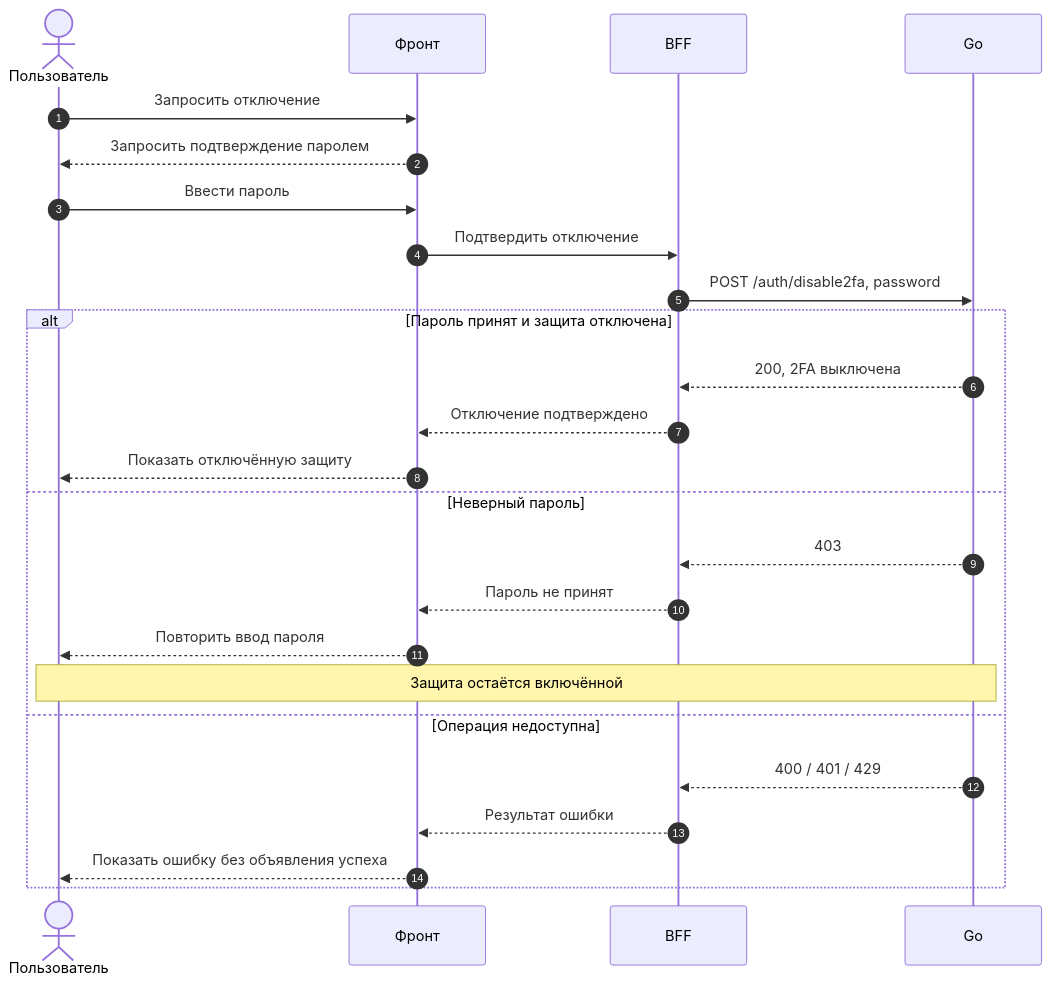
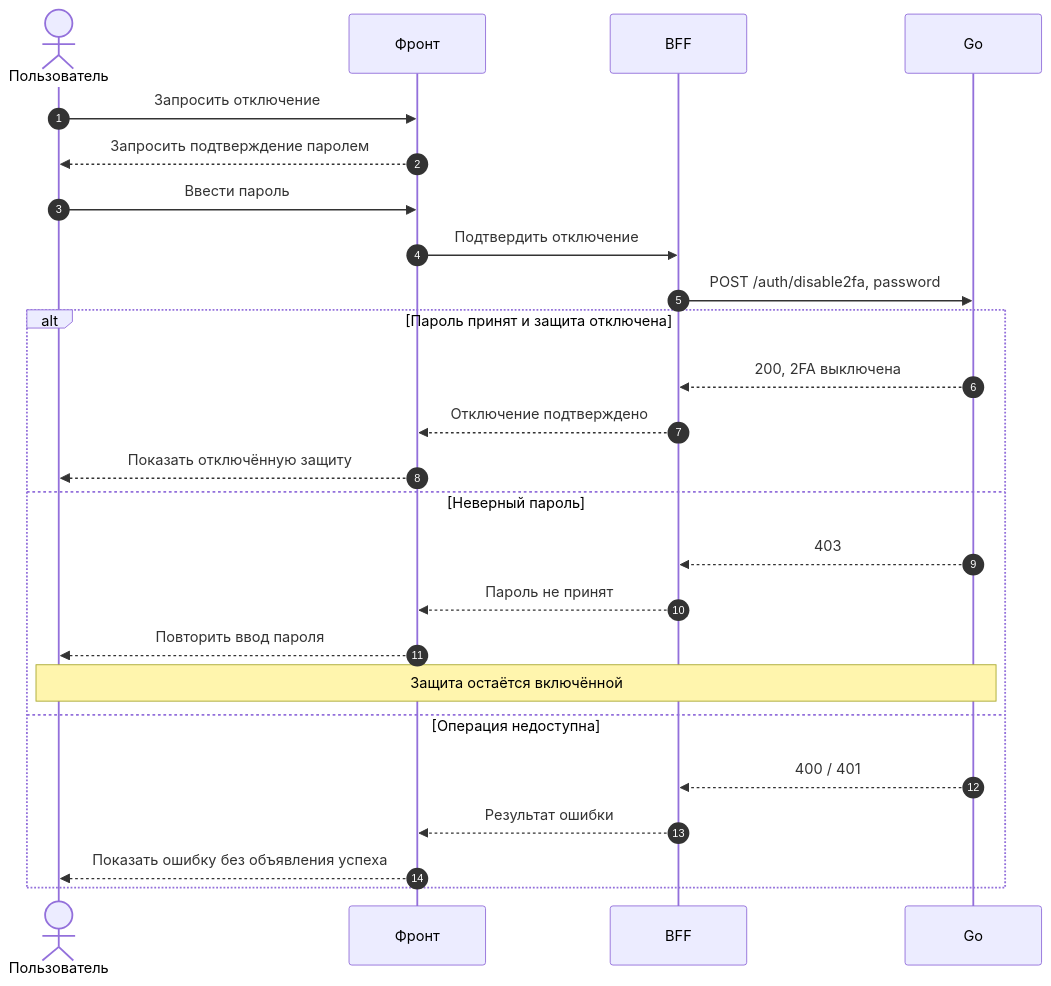
One commit to Cringe-Driven-Development-Team/docs changed the third of 3 diagrams in site/modules/2/tracks/2fa-front.md. Above: the diagram before and after it, drawn with Mermaid. The commit also changed other lines of this file and 4 other files, not shown here.

````diff
--- a/site/modules/2/tracks/2fa-front.md
+++ b/site/modules/2/tracks/2fa-front.md
@@ -160,27 +160,27 @@
 ```mermaid
 sequenceDiagram
   autonumber
   actor User as Пользователь
   participant Front as Фронт
   participant BFF
   participant Go
   User->>Front: Запросить отключение
   Front-->>User: Запросить подтверждение паролем
   User->>Front: Ввести пароль
   Front->>BFF: Подтвердить отключение
   BFF->>Go: POST /auth/disable2fa, password
   alt Пароль принят и защита отключена
     Go-->>BFF: 200, 2FA выключена
     BFF-->>Front: Отключение подтверждено
     Front-->>User: Показать отключённую защиту
   else Неверный пароль
     Go-->>BFF: 403
     BFF-->>Front: Пароль не принят
     Front-->>User: Повторить ввод пароля
     Note over User,Go: Защита остаётся включённой
   else Операция недоступна
-    Go-->>BFF: 400 / 401 / 429
+    Go-->>BFF: 400 / 401
     BFF-->>Front: Результат ошибки
     Front-->>User: Показать ошибку без объявления успеха
   end
 ```
````
